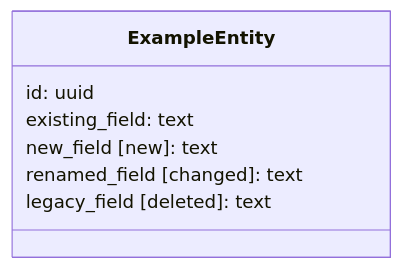
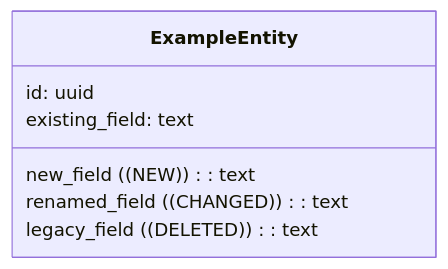
The second of 3 diagrams in agents/commands/a-story.md (ecoologic/ai-all-in-one), drawn with Mermaid before and after one commit. The commit also changed other lines of this file, not shown here.

````diff
--- a/agents/commands/a-story.md
+++ b/agents/commands/a-story.md
@@ -324,10 +325,10 @@
 ```mermaid
 classDiagram
     class ExampleEntity {
         id: uuid
         existing_field: text
-        new_field [new]: text
-        renamed_field [changed]: text
-        legacy_field [deleted]: text
+        new_field ((NEW)): text
+        renamed_field ((CHANGED)): text
+        legacy_field ((DELETED)): text
     }
 ```
````
